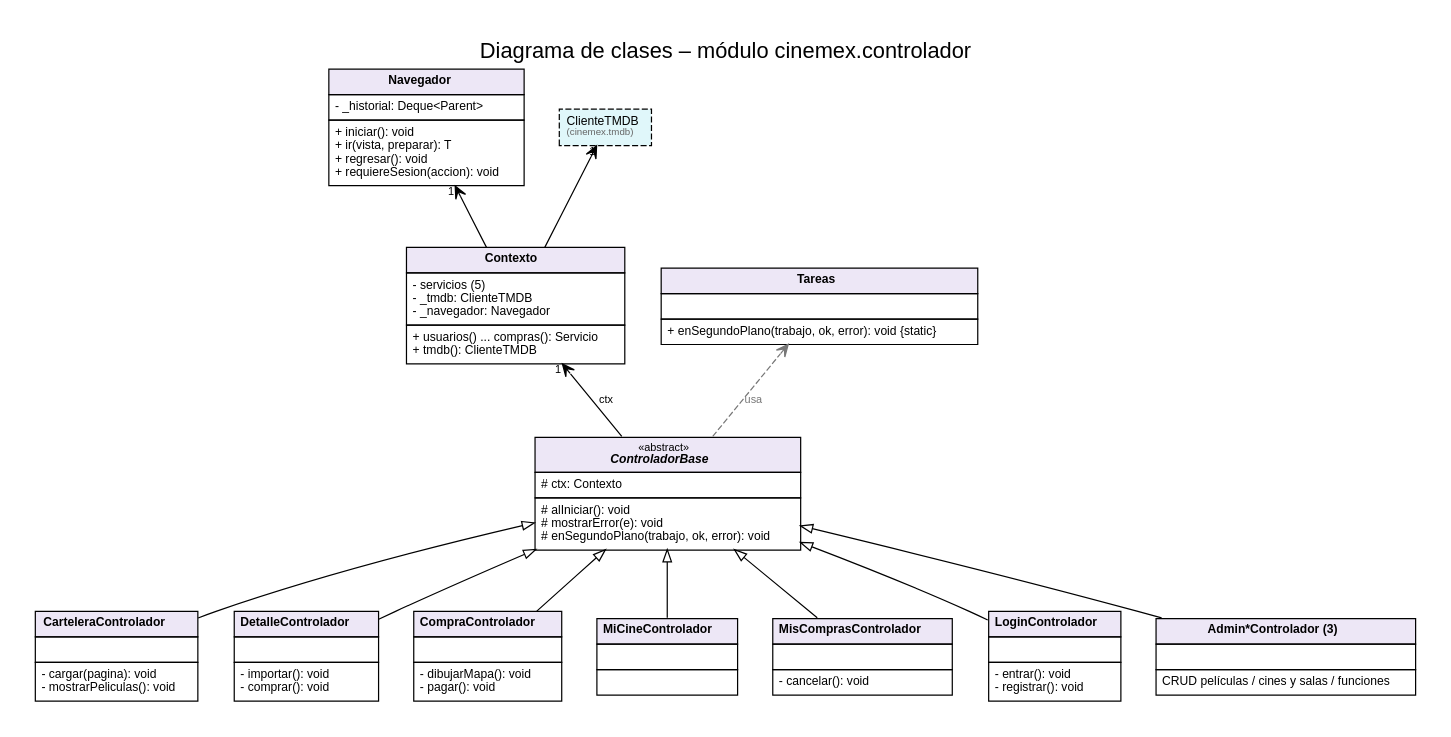
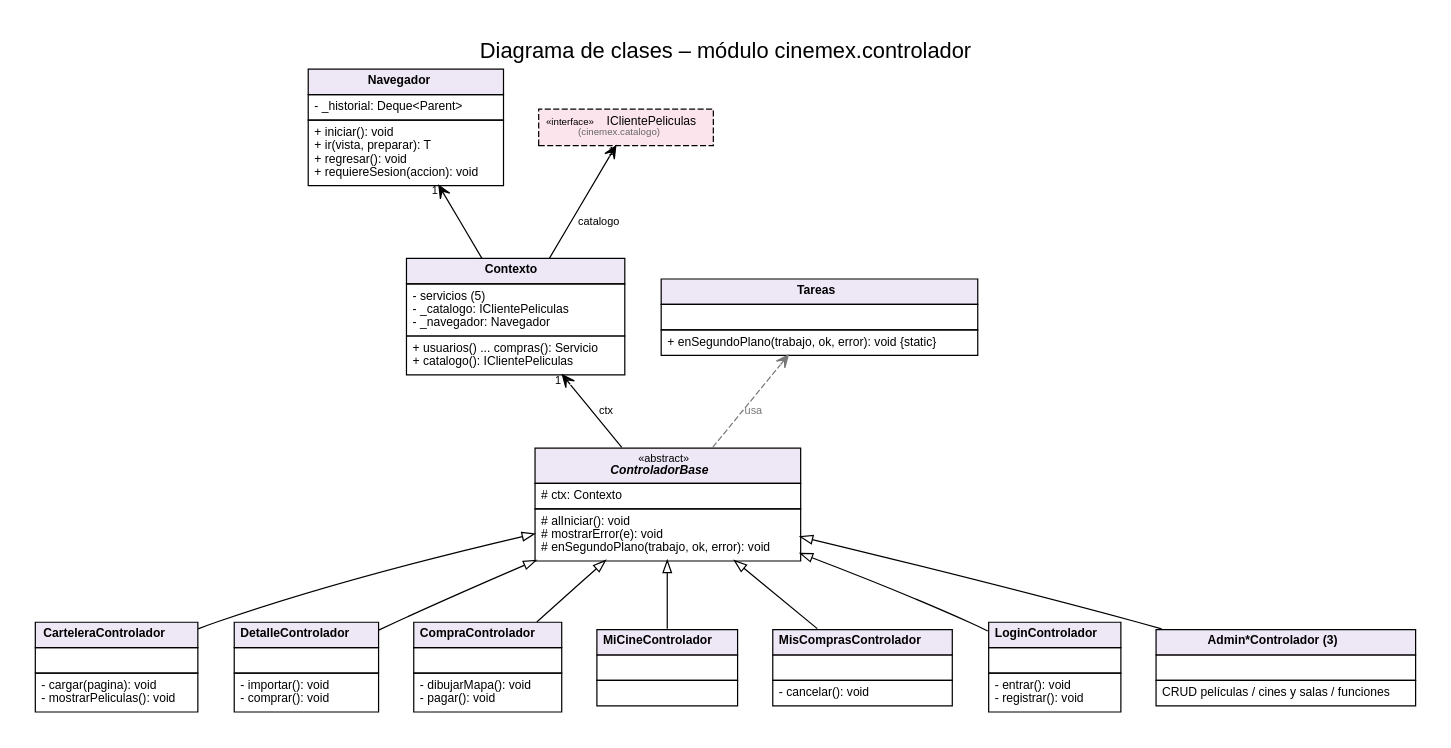
One commit to JuanPablo4213/proyectofinal-cine-poo-otono-26 changed the diagram in docs/entrega2/diagramas/clases_controlador.dot. Above: the diagram before and after it, drawn with Graphviz. The commit also changed 31 other files, not shown here.

```diff
--- a/docs/entrega2/diagramas/clases_controlador.dot
+++ b/docs/entrega2/diagramas/clases_controlador.dot
@@ -1,28 +1,28 @@
 digraph G {
 graph [rankdir=BT, nodesep=0.4, ranksep=0.7, fontname="Helvetica", label="Diagrama de clases – módulo cinemex.controlador", labelloc=t, fontsize=18, pad=0.3];
 node [shape=plain, fontname="Helvetica", fontsize=10];
 edge [fontname="Helvetica", fontsize=9];
-"Contexto" [label=<<TABLE BORDER="0" CELLBORDER="1" CELLSPACING="0" CELLPADDING="4"><TR><TD BGCOLOR="#EDE7F6"><B>Contexto</B></TD></TR><TR><TD ALIGN="LEFT" BALIGN="LEFT">- servicios (5)<BR ALIGN="LEFT"/>- _tmdb: ClienteTMDB<BR ALIGN="LEFT"/>- _navegador: Navegador<BR ALIGN="LEFT"/></TD></TR><TR><TD ALIGN="LEFT" BALIGN="LEFT">+ usuarios() ... compras(): Servicio<BR ALIGN="LEFT"/>+ tmdb(): ClienteTMDB<BR ALIGN="LEFT"/></TD></TR></TABLE>>];
+"Contexto" [label=<<TABLE BORDER="0" CELLBORDER="1" CELLSPACING="0" CELLPADDING="4"><TR><TD BGCOLOR="#EDE7F6"><B>Contexto</B></TD></TR><TR><TD ALIGN="LEFT" BALIGN="LEFT">- servicios (5)<BR ALIGN="LEFT"/>- _catalogo: IClientePeliculas<BR ALIGN="LEFT"/>- _navegador: Navegador<BR ALIGN="LEFT"/></TD></TR><TR><TD ALIGN="LEFT" BALIGN="LEFT">+ usuarios() ... compras(): Servicio<BR ALIGN="LEFT"/>+ catalogo(): IClientePeliculas<BR ALIGN="LEFT"/></TD></TR></TABLE>>];
 "Navegador" [label=<<TABLE BORDER="0" CELLBORDER="1" CELLSPACING="0" CELLPADDING="4"><TR><TD BGCOLOR="#EDE7F6"><B>Navegador</B></TD></TR><TR><TD ALIGN="LEFT" BALIGN="LEFT">- _historial: Deque&lt;Parent&gt;<BR ALIGN="LEFT"/></TD></TR><TR><TD ALIGN="LEFT" BALIGN="LEFT">+ iniciar(): void<BR ALIGN="LEFT"/>+ ir(vista, preparar): T<BR ALIGN="LEFT"/>+ regresar(): void<BR ALIGN="LEFT"/>+ requiereSesion(accion): void<BR ALIGN="LEFT"/></TD></TR></TABLE>>];
 "ControladorBase" [label=<<TABLE BORDER="0" CELLBORDER="1" CELLSPACING="0" CELLPADDING="4"><TR><TD BGCOLOR="#EDE7F6"><FONT POINT-SIZE="9">«abstract»</FONT><BR/><B><I>ControladorBase</I></B></TD></TR><TR><TD ALIGN="LEFT" BALIGN="LEFT"># ctx: Contexto<BR ALIGN="LEFT"/></TD></TR><TR><TD ALIGN="LEFT" BALIGN="LEFT"># alIniciar(): void<BR ALIGN="LEFT"/># mostrarError(e): void<BR ALIGN="LEFT"/># enSegundoPlano(trabajo, ok, error): void<BR ALIGN="LEFT"/></TD></TR></TABLE>>];
 "CarteleraControlador" [label=<<TABLE BORDER="0" CELLBORDER="1" CELLSPACING="0" CELLPADDING="4"><TR><TD BGCOLOR="#EDE7F6"><B>CarteleraControlador</B></TD></TR><TR><TD ALIGN="LEFT" BALIGN="LEFT"> </TD></TR><TR><TD ALIGN="LEFT" BALIGN="LEFT">- cargar(pagina): void<BR ALIGN="LEFT"/>- mostrarPeliculas(): void<BR ALIGN="LEFT"/></TD></TR></TABLE>>];
 "DetalleControlador" [label=<<TABLE BORDER="0" CELLBORDER="1" CELLSPACING="0" CELLPADDING="4"><TR><TD BGCOLOR="#EDE7F6"><B>DetalleControlador</B></TD></TR><TR><TD ALIGN="LEFT" BALIGN="LEFT"> </TD></TR><TR><TD ALIGN="LEFT" BALIGN="LEFT">- importar(): void<BR ALIGN="LEFT"/>- comprar(): void<BR ALIGN="LEFT"/></TD></TR></TABLE>>];
 "CompraControlador" [label=<<TABLE BORDER="0" CELLBORDER="1" CELLSPACING="0" CELLPADDING="4"><TR><TD BGCOLOR="#EDE7F6"><B>CompraControlador</B></TD></TR><TR><TD ALIGN="LEFT" BALIGN="LEFT"> </TD></TR><TR><TD ALIGN="LEFT" BALIGN="LEFT">- dibujarMapa(): void<BR ALIGN="LEFT"/>- pagar(): void<BR ALIGN="LEFT"/></TD></TR></TABLE>>];
 "MiCineControlador" [label=<<TABLE BORDER="0" CELLBORDER="1" CELLSPACING="0" CELLPADDING="4"><TR><TD BGCOLOR="#EDE7F6"><B>MiCineControlador</B></TD></TR><TR><TD ALIGN="LEFT" BALIGN="LEFT"> </TD></TR><TR><TD ALIGN="LEFT" BALIGN="LEFT"> </TD></TR></TABLE>>];
 "MisComprasControlador" [label=<<TABLE BORDER="0" CELLBORDER="1" CELLSPACING="0" CELLPADDING="4"><TR><TD BGCOLOR="#EDE7F6"><B>MisComprasControlador</B></TD></TR><TR><TD ALIGN="LEFT" BALIGN="LEFT"> </TD></TR><TR><TD ALIGN="LEFT" BALIGN="LEFT">- cancelar(): void<BR ALIGN="LEFT"/></TD></TR></TABLE>>];
 "LoginControlador" [label=<<TABLE BORDER="0" CELLBORDER="1" CELLSPACING="0" CELLPADDING="4"><TR><TD BGCOLOR="#EDE7F6"><B>LoginControlador</B></TD></TR><TR><TD ALIGN="LEFT" BALIGN="LEFT"> </TD></TR><TR><TD ALIGN="LEFT" BALIGN="LEFT">- entrar(): void<BR ALIGN="LEFT"/>- registrar(): void<BR ALIGN="LEFT"/></TD></TR></TABLE>>];
 "Admin*Controlador (3)" [label=<<TABLE BORDER="0" CELLBORDER="1" CELLSPACING="0" CELLPADDING="4"><TR><TD BGCOLOR="#EDE7F6"><B>Admin*Controlador (3)</B></TD></TR><TR><TD ALIGN="LEFT" BALIGN="LEFT"> </TD></TR><TR><TD ALIGN="LEFT" BALIGN="LEFT">CRUD películas / cines y salas / funciones<BR ALIGN="LEFT"/></TD></TR></TABLE>>];
 "Tareas" [label=<<TABLE BORDER="0" CELLBORDER="1" CELLSPACING="0" CELLPADDING="4"><TR><TD BGCOLOR="#EDE7F6"><B>Tareas</B></TD></TR><TR><TD ALIGN="LEFT" BALIGN="LEFT"> </TD></TR><TR><TD ALIGN="LEFT" BALIGN="LEFT">+ enSegundoPlano(trabajo, ok, error): void {static}<BR ALIGN="LEFT"/></TD></TR></TABLE>>];
-"ClienteTMDB" [label=<<TABLE BORDER="0" CELLBORDER="1" CELLSPACING="0" CELLPADDING="5"><TR><TD BGCOLOR="#E0F7FA" STYLE="dashed">ClienteTMDB<BR/><FONT POINT-SIZE="8" COLOR="#666666">(cinemex.tmdb)</FONT></TD></TR></TABLE>>];
+"IClientePeliculas" [label=<<TABLE BORDER="0" CELLBORDER="1" CELLSPACING="0" CELLPADDING="5"><TR><TD BGCOLOR="#FCE4EC" STYLE="dashed"><FONT POINT-SIZE="8">«interface» </FONT>IClientePeliculas<BR/><FONT POINT-SIZE="8" COLOR="#666666">(cinemex.catalogo)</FONT></TD></TR></TABLE>>];
 "CarteleraControlador" -> "ControladorBase" [arrowhead=empty, style=solid];
 "DetalleControlador" -> "ControladorBase" [arrowhead=empty, style=solid];
 "CompraControlador" -> "ControladorBase" [arrowhead=empty, style=solid];
 "MiCineControlador" -> "ControladorBase" [arrowhead=empty, style=solid];
 "MisComprasControlador" -> "ControladorBase" [arrowhead=empty, style=solid];
 "LoginControlador" -> "ControladorBase" [arrowhead=empty, style=solid];
 "Admin*Controlador (3)" -> "ControladorBase" [arrowhead=empty, style=solid];
-"Contexto" -> "ClienteTMDB" [arrowhead=vee, headlabel="1"];
+"Contexto" -> "IClientePeliculas" [arrowhead=vee, label="catalogo", headlabel="1"];
 "Contexto" -> "Navegador" [arrowhead=vee, headlabel="1"];
 "ControladorBase" -> "Contexto" [arrowhead=vee, label="ctx", headlabel="1"];
 "ControladorBase" -> "Tareas" [arrowhead=vee, style=dashed, color="#777777", fontcolor="#777777", label="usa"];
 }
```
